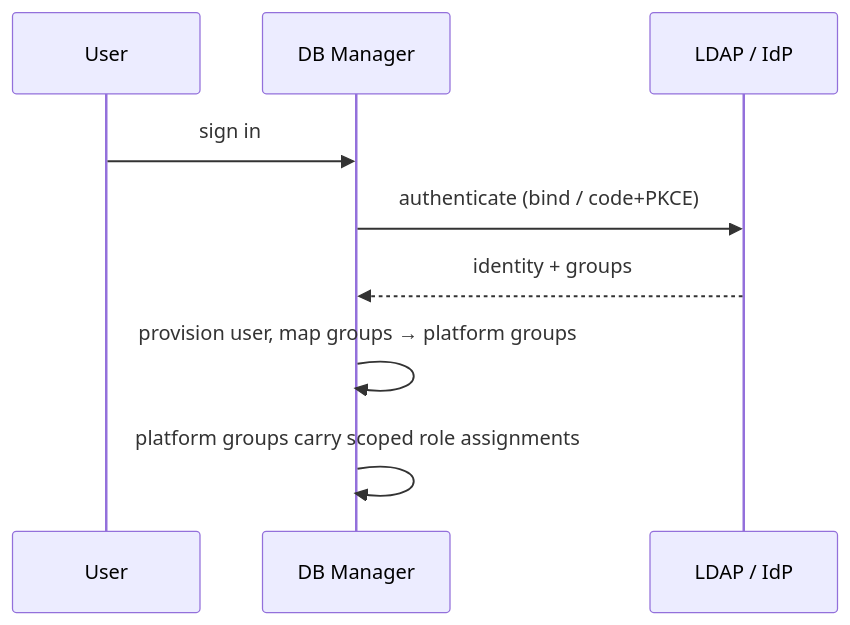
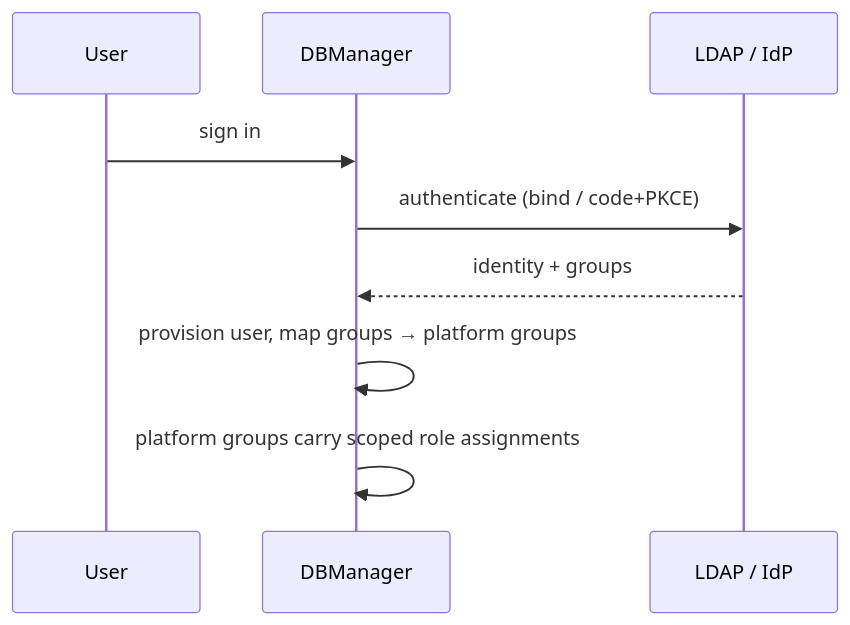
One commit to hbenabdalla/dbmanager changed the diagram in docs/administration/identity-providers.md. Above: the diagram before and after it, drawn with Mermaid. The commit also changed 227 other files, not shown here.

````diff
--- a/docs/administration/identity-providers.md
+++ b/docs/administration/identity-providers.md
@@ -7,11 +7,11 @@
 ```mermaid
 sequenceDiagram
   participant U as User
-  participant DBM as DB Manager
+  participant DBM as DBManager
   participant D as LDAP / IdP
   U->>DBM: sign in
   DBM->>D: authenticate (bind / code+PKCE)
   D-->>DBM: identity + groups
   DBM->>DBM: provision user, map groups → platform groups
   DBM->>DBM: platform groups carry scoped role assignments
 ```
````
